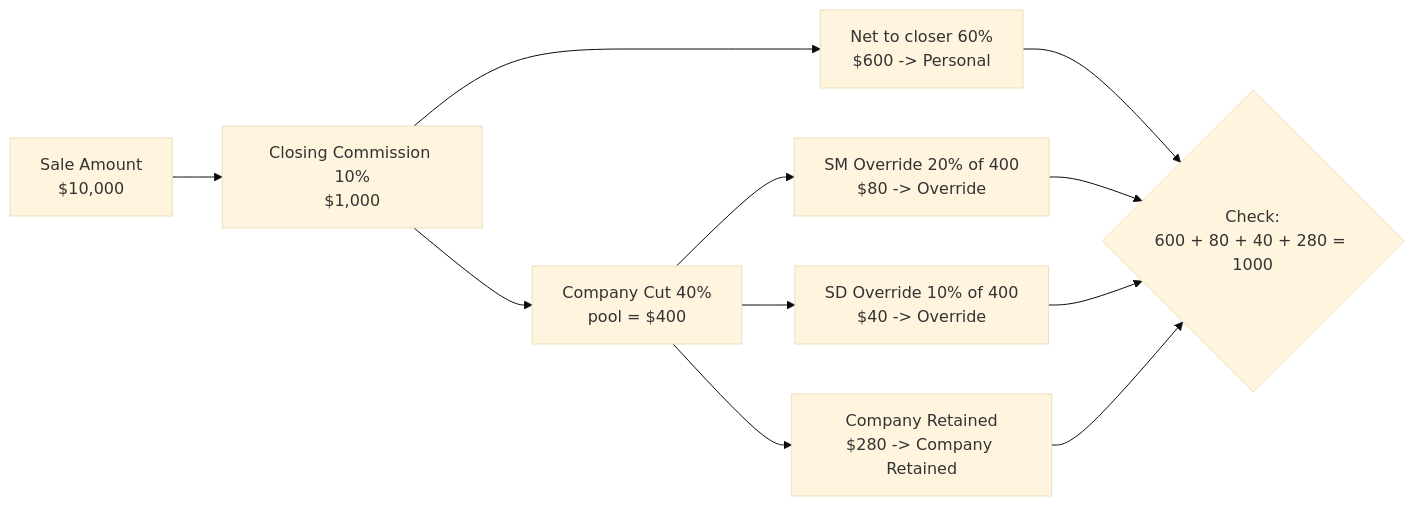
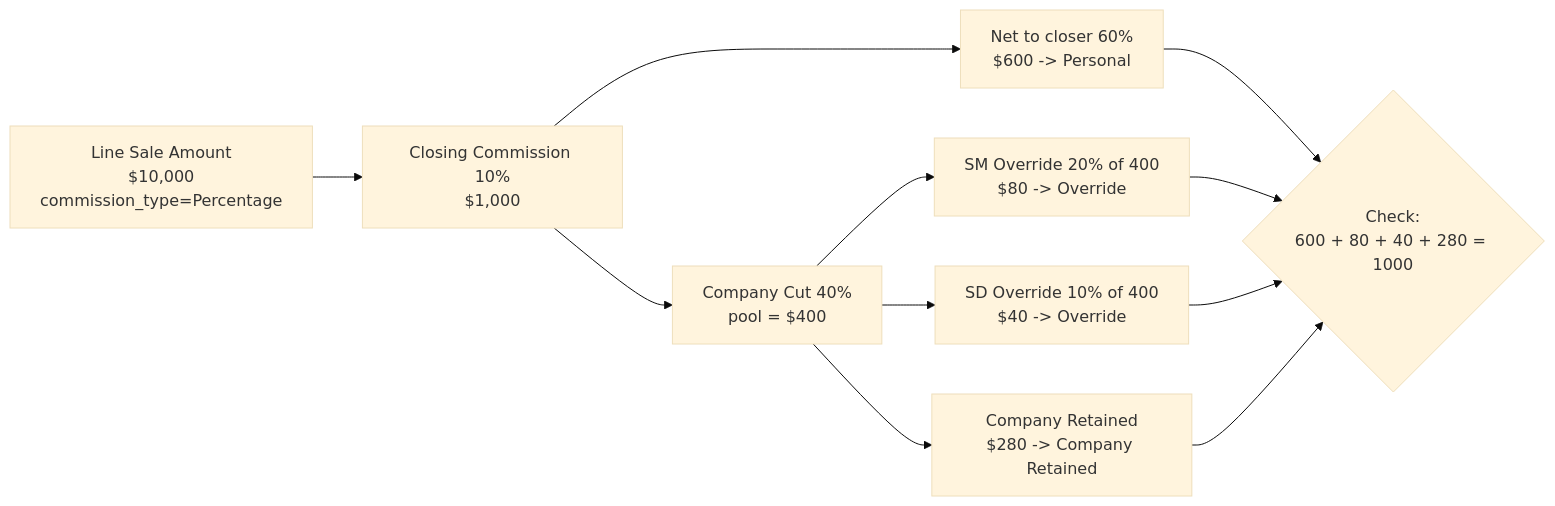
The ninth of 15 diagrams in HR System for COM service/docs/03_Workflow_Diagrams.md (Mavrone81/VirtualOffice), drawn with Mermaid (base theme) before and after one commit. The commit also changed other lines of this file and 15 other files, not shown here.

````diff
--- a/HR System for COM service/docs/03_Workflow_Diagrams.md
+++ b/HR System for COM service/docs/03_Workflow_Diagrams.md
@@ -242,13 +287,13 @@
 ```mermaid
 flowchart LR
-    A[Sale Amount<br/>$10,000] --> B[Closing Commission 10%<br/>$1,000]
+    A[Line Sale Amount<br/>$10,000<br/>commission_type=Percentage] --> B[Closing Commission 10%<br/>$1,000]
     B --> C[Company Cut 40%<br/>pool = $400]
     B --> D[Net to closer 60%<br/>$600 -> Personal]
     C --> E[SM Override 20% of 400<br/>$80 -> Override]
     C --> F[SD Override 10% of 400<br/>$40 -> Override]
     C --> G[Company Retained<br/>$280 -> Company Retained]
     D --> H{Check:<br/>600 + 80 + 40 + 280 = 1000}
     E --> H
     F --> H
     G --> H
 ```
````
